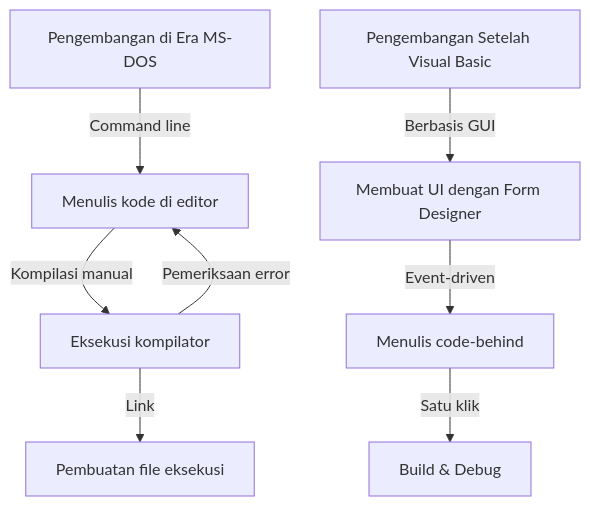
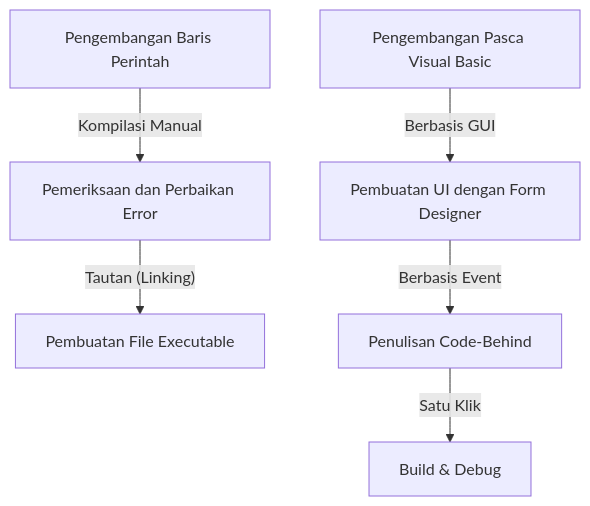
Before and after one commit to kenjinote/blog: the first of 2 diagrams in content/post/history-of-visual-studio/index.id.md, drawn with Mermaid. The commit also changed other lines of this file and 129 other files, not shown here.

````diff
--- a/content/post/history-of-visual-studio/index.id.md
+++ b/content/post/history-of-visual-studio/index.id.md
@@ -32,11 +29,9 @@
 ```mermaid
 graph TD
-    A["Pengembangan di Era MS-DOS"] -- "Command line" --> B["Menulis kode di editor"]
-    B -- "Kompilasi manual" --> C["Eksekusi kompilator"]
-    C -- "Pemeriksaan error" --> B
-    C -- "Link" --> D["Pembuatan file eksekusi"]
+    A["Pengembangan Baris Perintah"] -- "Kompilasi Manual" --> B["Pemeriksaan dan Perbaikan Error"]
+    B -- "Tautan (Linking)" --> C["Pembuatan File Executable"]
     
-    E["Pengembangan Setelah Visual Basic"] -- "Berbasis GUI" --> F["Membuat UI dengan Form Designer"]
-    F -- "Event-driven" --> G["Menulis code-behind"]
-    G -- "Satu klik" --> H["Build & Debug"]
+    D["Pengembangan Pasca Visual Basic"] -- "Berbasis GUI" --> E["Pembuatan UI dengan Form Designer"]
+    E -- "Berbasis Event" --> F["Penulisan Code-Behind"]
+    F -- "Satu Klik" --> G["Build & Debug"]
 ```
````
